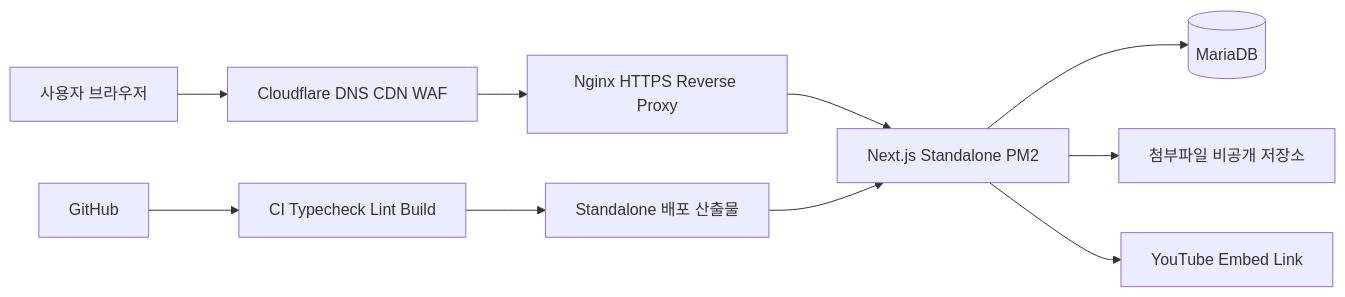
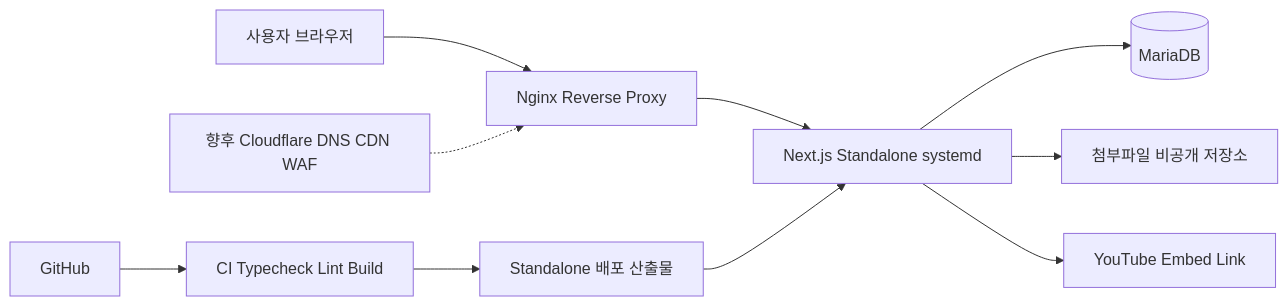
Before and after one commit to kyuky920/fchinac: the first of 3 diagrams in docs/system-design.md, drawn with Mermaid. The commit also changed other lines of this file and 9 other files, not shown here.

````diff
--- a/docs/system-design.md
+++ b/docs/system-design.md
@@ -13,12 +13,12 @@
 ```mermaid
 flowchart LR
-    U[사용자 브라우저] --> CF[Cloudflare DNS CDN WAF]
-    CF --> NX[Nginx HTTPS Reverse Proxy]
-    NX --> APP[Next.js Standalone PM2]
+    U[사용자 브라우저] --> NX[Nginx Reverse Proxy]
+    CF[향후 Cloudflare DNS CDN WAF] -.-> NX
+    NX --> APP[Next.js Standalone systemd]
     APP --> DB[(MariaDB)]
     APP --> FS[첨부파일 비공개 저장소]
     APP --> YT[YouTube Embed Link]
     GH[GitHub] --> CI[CI Typecheck Lint Build]
     CI --> ART[Standalone 배포 산출물]
     ART --> APP
 ```
````
